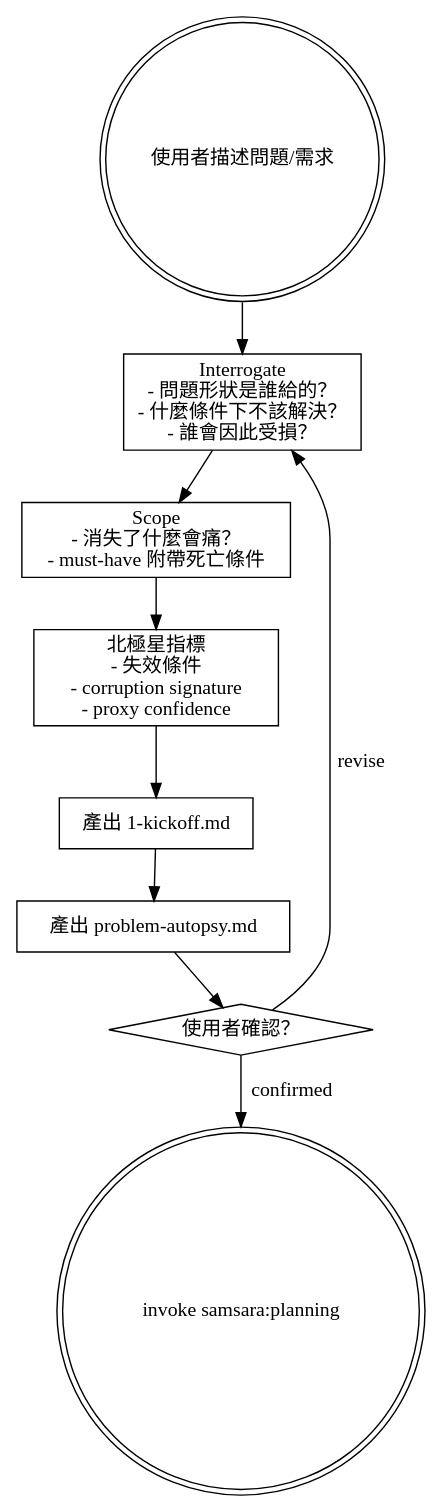
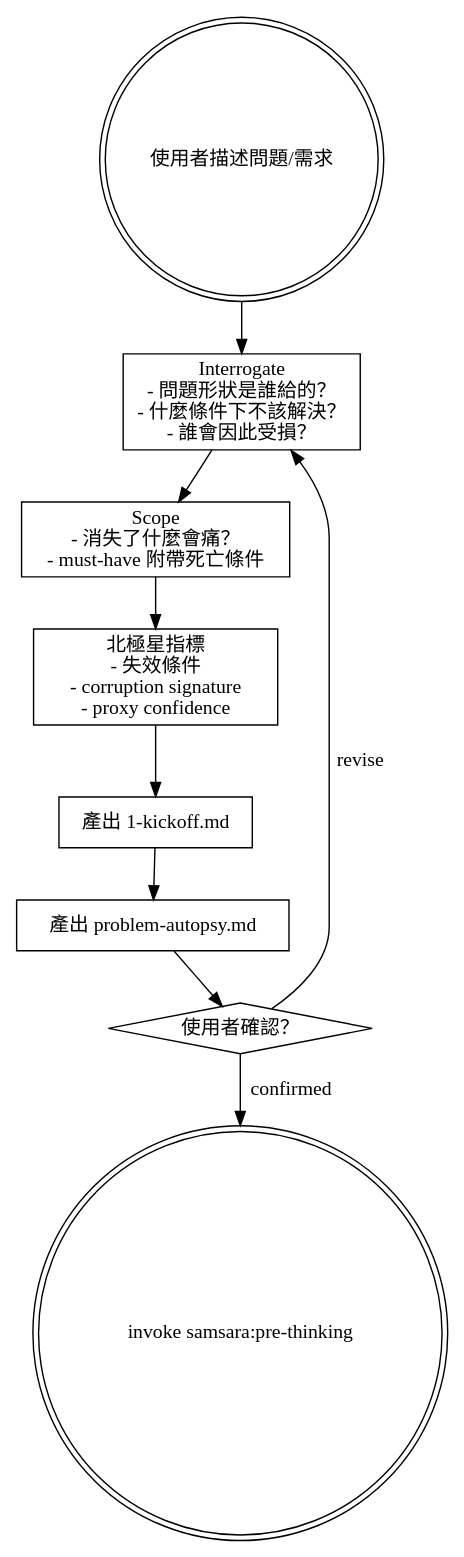
The diagram in skills/research/SKILL.md (roymondliao/samsara), drawn with Graphviz before and after one commit. The commit also changed other lines of this file and 25 other files, not shown here.

First line of the commit message:
feat(skills): extract samsara:pre-thinking as independent chain skill

````diff
--- a/skills/research/SKILL.md
+++ b/skills/research/SKILL.md
@@ -14,23 +14,23 @@
 ```dot
 digraph research {
     node [shape=box];
 
     start [label="使用者描述問題/需求" shape=doublecircle];
     interrogate [label="Interrogate\n- 問題形狀是誰給的？\n- 什麼條件下不該解決？\n- 誰會因此受損？"];
     scope [label="Scope\n- 消失了什麼會痛？\n- must-have 附帶死亡條件"];
     north_star [label="北極星指標\n- 失效條件\n- corruption signature\n- proxy confidence"];
     output_kickoff [label="產出 1-kickoff.md"];
     output_autopsy [label="產出 problem-autopsy.md"];
     gate [label="使用者確認？" shape=diamond];
-    next [label="invoke samsara:planning" shape=doublecircle];
+    next [label="invoke samsara:pre-thinking" shape=doublecircle];
 
     start -> interrogate;
     interrogate -> scope;
     scope -> north_star;
     north_star -> output_kickoff;
     output_kickoff -> output_autopsy;
     output_autopsy -> gate;
     gate -> next [label="confirmed"];
     gate -> interrogate [label="revise"];
 }
 ```
````
